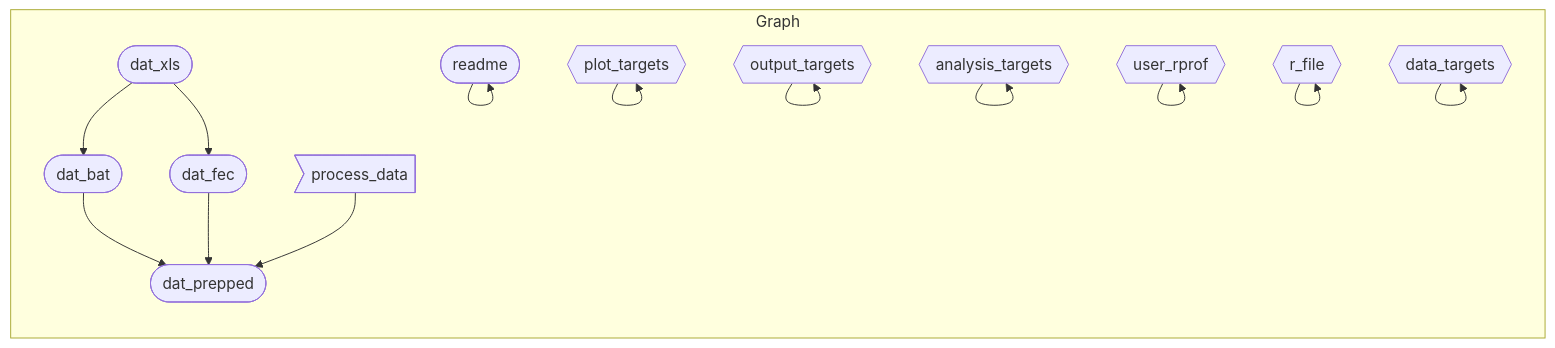
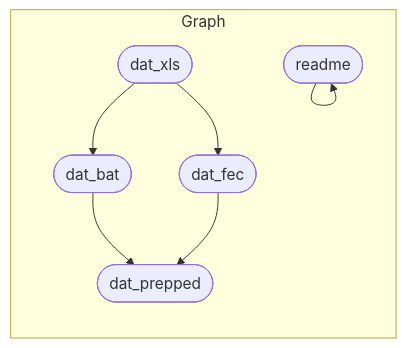
One commit to ecohealthalliance/sabrenet-rousettus-dynamics changed the diagram in README.md. Above: the diagram before and after it, drawn with Mermaid. The commit also changed 2 other files, not shown here.

````diff
--- a/README.md
+++ b/README.md
@@ -42,17 +42,10 @@
 ``` mermaid
 graph LR
   subgraph Graph
     xc2117931d245afce(["dat_xls"]):::queued --> x733041ef94e8d4a9(["dat_fec"]):::queued
     xc2117931d245afce(["dat_xls"]):::queued --> x6cf5d6dc2e05a667(["dat_bat"]):::queued
     x6cf5d6dc2e05a667(["dat_bat"]):::queued --> x4a5cfaffa1d0e789(["dat_prepped"]):::queued
     x733041ef94e8d4a9(["dat_fec"]):::queued --> x4a5cfaffa1d0e789(["dat_prepped"]):::queued
-    x3f8f3f89b15a4a7c>"process_data"]:::uptodate --> x4a5cfaffa1d0e789(["dat_prepped"]):::queued
     x6e52cb0f1668cc22(["readme"]):::started --> x6e52cb0f1668cc22(["readme"]):::started
-    xf7544390134f4647{{"plot_targets"}}:::uptodate --> xf7544390134f4647{{"plot_targets"}}:::uptodate
-    xad15c442a1533efe{{"output_targets"}}:::outdated --> xad15c442a1533efe{{"output_targets"}}:::outdated
-    x6a7cdb164c636498{{"analysis_targets"}}:::uptodate --> x6a7cdb164c636498{{"analysis_targets"}}:::uptodate
-    xbea903ca6e7865e7{{"user_rprof"}}:::outdated --> xbea903ca6e7865e7{{"user_rprof"}}:::outdated
-    x7f1f0b8d59d2dfab{{"r_file"}}:::uptodate --> x7f1f0b8d59d2dfab{{"r_file"}}:::uptodate
-    x61c99aa4be265faa{{"data_targets"}}:::outdated --> x61c99aa4be265faa{{"data_targets"}}:::outdated
   end
 ```
````
